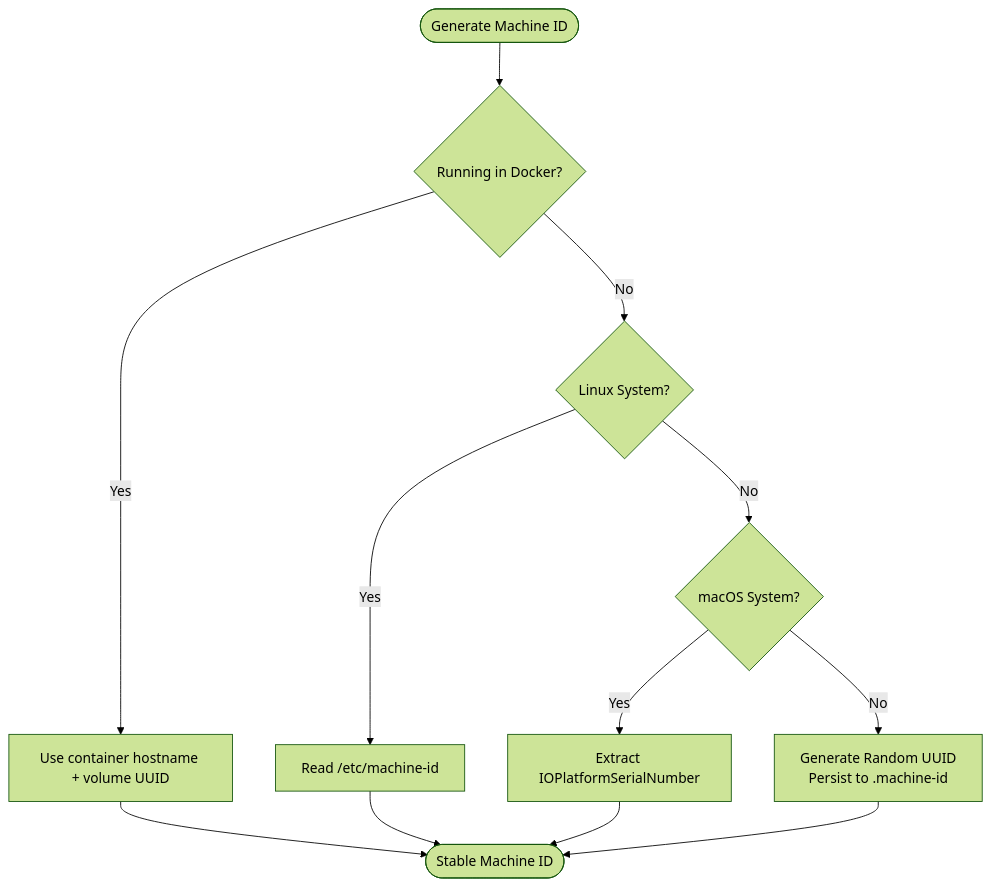
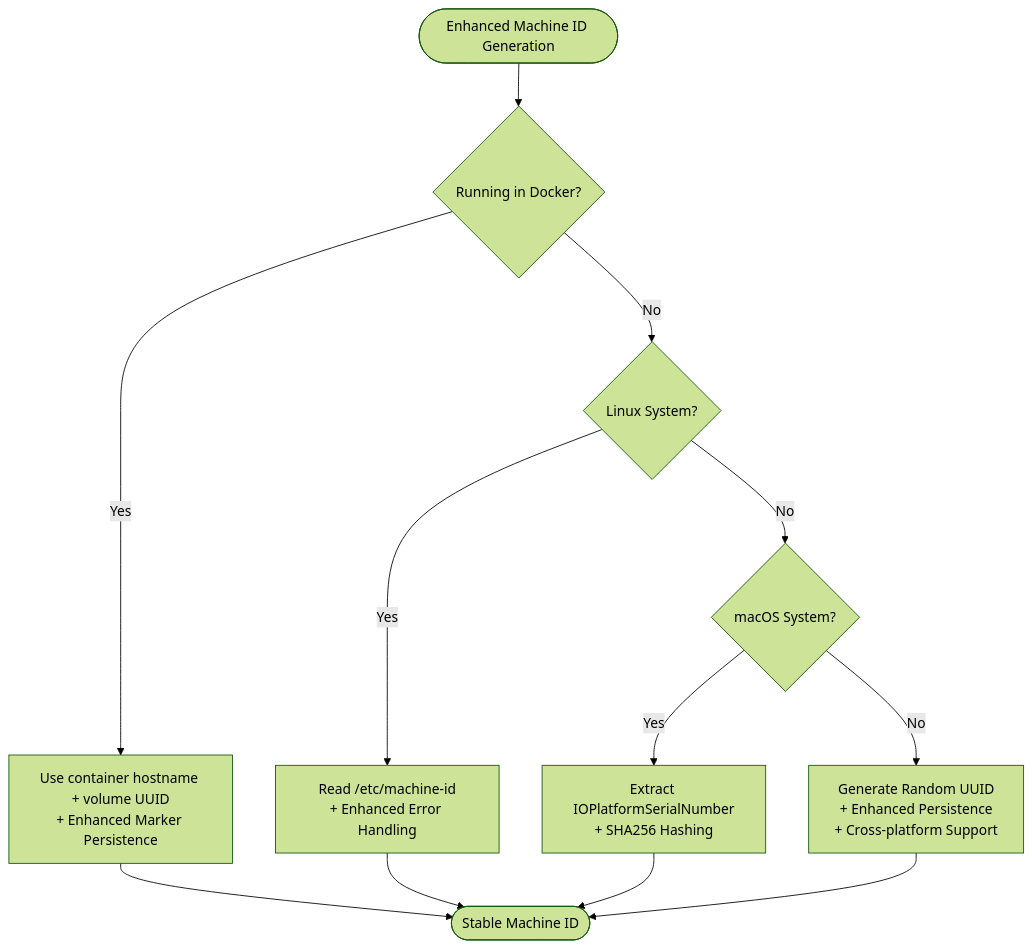
Before and after one commit to celebigilfatih/infrascope: diagram 15 of 17 in .qoder/repowiki/en/content/Database Schema & Models/Enterprise Features.md, drawn with Mermaid (forest theme). The commit also changed other lines of this file and 13 other files, not shown here.

````diff
--- a/.qoder/repowiki/en/content/Database Schema & Models/Enterprise Features.md
+++ b/.qoder/repowiki/en/content/Database Schema & Models/Enterprise Features.md
@@ -684,14 +697,14 @@
 ```mermaid
 flowchart TD
-Start(["Generate Machine ID"]) --> CheckDocker{"Running in Docker?"}
-CheckDocker --> |Yes| DockerID["Use container hostname + volume UUID"]
+Start(["Enhanced Machine ID Generation"]) --> CheckDocker{"Running in Docker?"}
+CheckDocker --> |Yes| DockerID["Use container hostname + volume UUID<br/>+ Enhanced Marker Persistence"]
 CheckDocker --> |No| CheckLinux{"Linux System?"}
-CheckLinux --> |Yes| LinuxID["Read /etc/machine-id"]
+CheckLinux --> |Yes| LinuxID["Read /etc/machine-id<br/>+ Enhanced Error Handling"]
 CheckLinux --> |No| CheckMac{"macOS System?"}
-CheckMac --> |Yes| MacID["Extract IOPlatformSerialNumber"]
-CheckMac --> |No| Fallback["Generate Random UUID<br/>Persist to .machine-id"]
+CheckMac --> |Yes| MacID["Extract IOPlatformSerialNumber<br/>+ SHA256 Hashing"]
+CheckMac --> |No| Fallback["Generate Random UUID<br/>+ Enhanced Persistence<br/>+ Cross-platform Support"]
 DockerID --> End(["Stable Machine ID"])
 LinuxID --> End
 MacID --> End
 Fallback --> End
 ```
````
